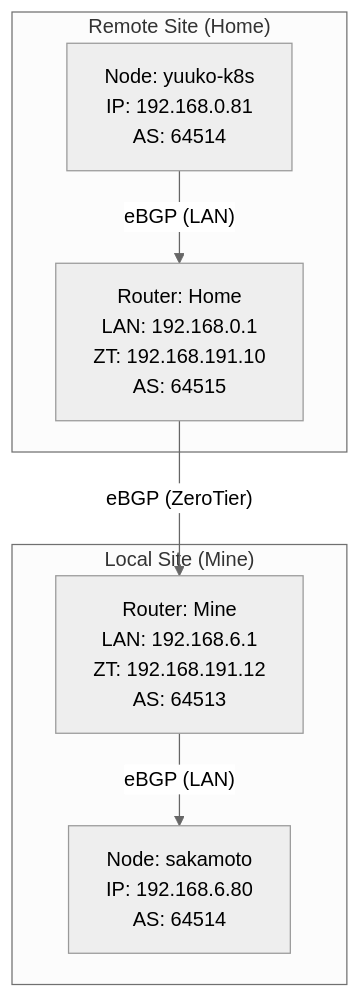
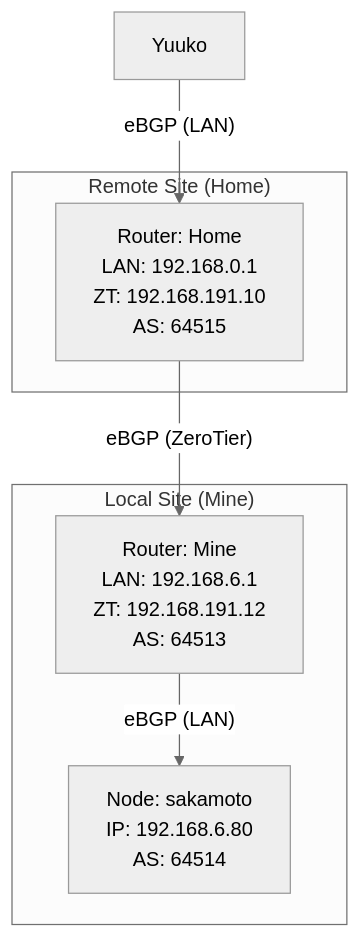
The diagram in k8s/infra/common/kube-system/cilium/README.md (shelken/home-ops), drawn with Mermaid (neutral theme) before and after one commit. The commit also changed 13 other files, not shown here.

````diff
--- a/k8s/infra/common/kube-system/cilium/README.md
+++ b/k8s/infra/common/kube-system/cilium/README.md
@@ -3,17 +3,16 @@
 ```mermaid
 graph TD
     subgraph "Remote Site (Home)"
-        Yuuko[Node: yuuko-k8s<br/>IP: 192.168.0.81<br/>AS: 64514]
         R_Home[Router: Home<br/>LAN: 192.168.0.1<br/>ZT: 192.168.191.10<br/>AS: 64515]
     end
 
     subgraph "Local Site (Mine)"
         R_Mine[Router: Mine<br/>LAN: 192.168.6.1<br/>ZT: 192.168.191.12<br/>AS: 64513]
         Sakamoto[Node: sakamoto<br/>IP: 192.168.6.80<br/>AS: 64514]
     end
 
     %% Connections
     Yuuko -- "eBGP (LAN)" --> R_Home
     R_Home -- "eBGP (ZeroTier)" --> R_Mine
     R_Mine -- "eBGP (LAN)" --> Sakamoto
 ```
````
